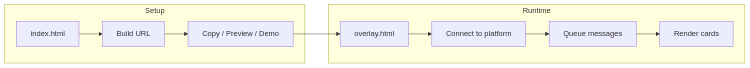
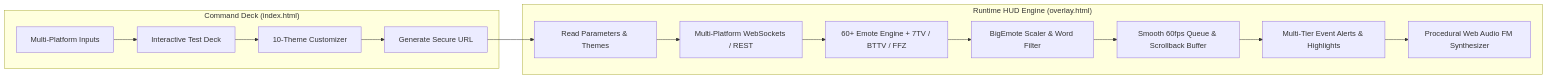
One commit to GamingOP69/Chat-overlay changed the second of 2 diagrams in HOW_TO_USE.mmd. Above: the diagram before and after it, drawn with Mermaid. The commit also changed other lines of this file and 3 other files, not shown here.

````diff
--- a/HOW_TO_USE.mmd
+++ b/HOW_TO_USE.mmd
@@ -13,17 +14,21 @@
 ```mermaid
 flowchart LR
-  subgraph Setup
-    S1[index.html]
-    S2[Build URL]
-    S3[Copy / Preview / Demo]
+  subgraph Config ["Command Deck (index.html)"]
+    S1[Multi-Platform Inputs]
+    S2[Interactive Test Deck]
+    S3[10-Theme Customizer]
+    S4[Generate Secure URL]
   end
 
-  subgraph Runtime
-    R1[overlay.html]
-    R2[Connect to platform]
-    R3[Queue messages]
-    R4[Render cards]
+  subgraph Engine ["Runtime HUD Engine (overlay.html)"]
+    R1[Read Parameters & Themes]
+    R2[Multi-Platform WebSockets / REST]
+    R3[60+ Emote Engine + 7TV / BTTV / FFZ]
+    R4[BigEmote Scaler & Word Filter]
+    R5[Smooth 60fps Queue & Scrollback Buffer]
+    R6[Multi-Tier Event Alerts & Highlights]
+    R7[Procedural Web Audio FM Synthesizer]
   end
 
-  S1 --> S2 --> S3 --> R1 --> R2 --> R3 --> R4
+  S1 --> S2 --> S3 --> S4 --> R1 --> R2 --> R3 --> R4 --> R5 --> R6 --> R7
 ```
````
